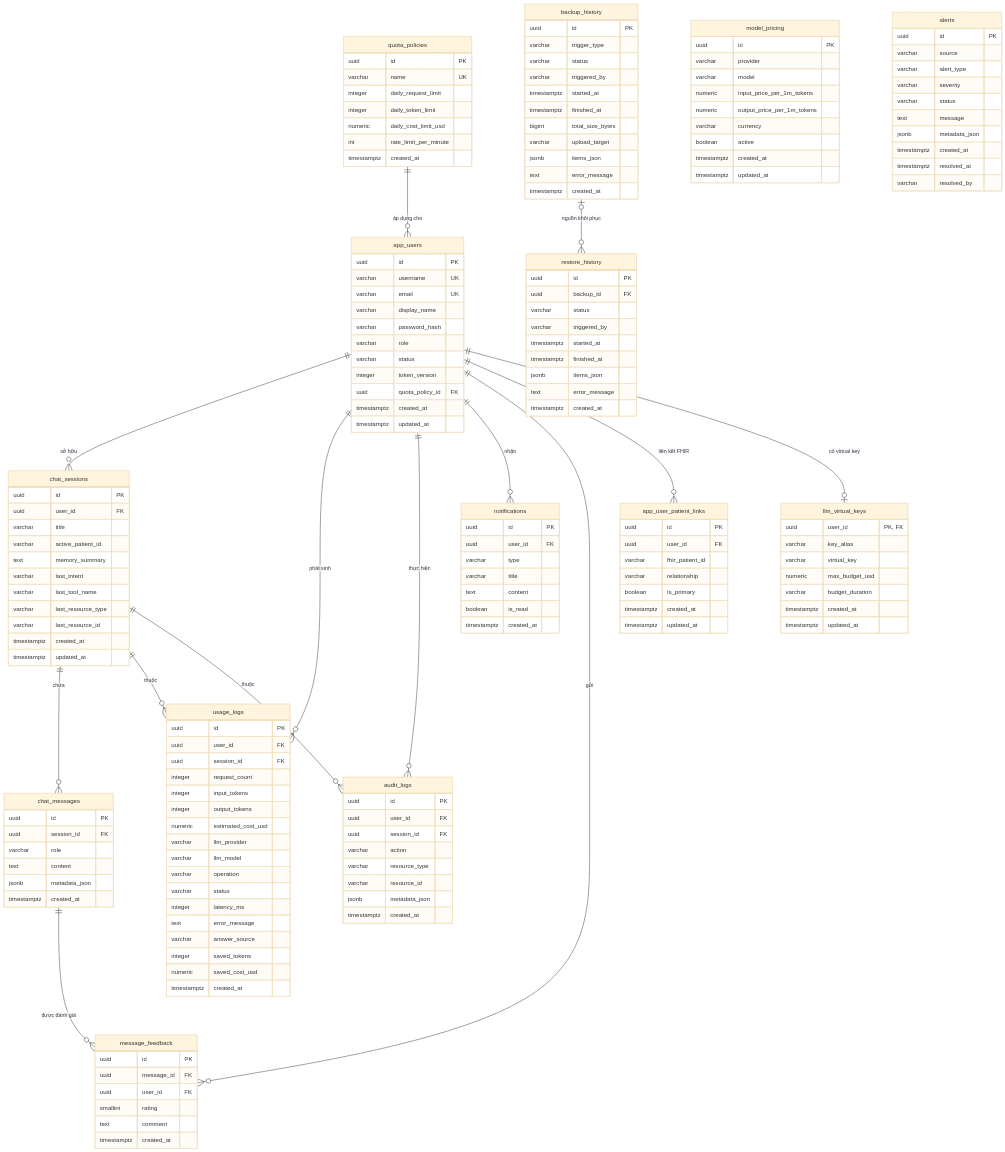
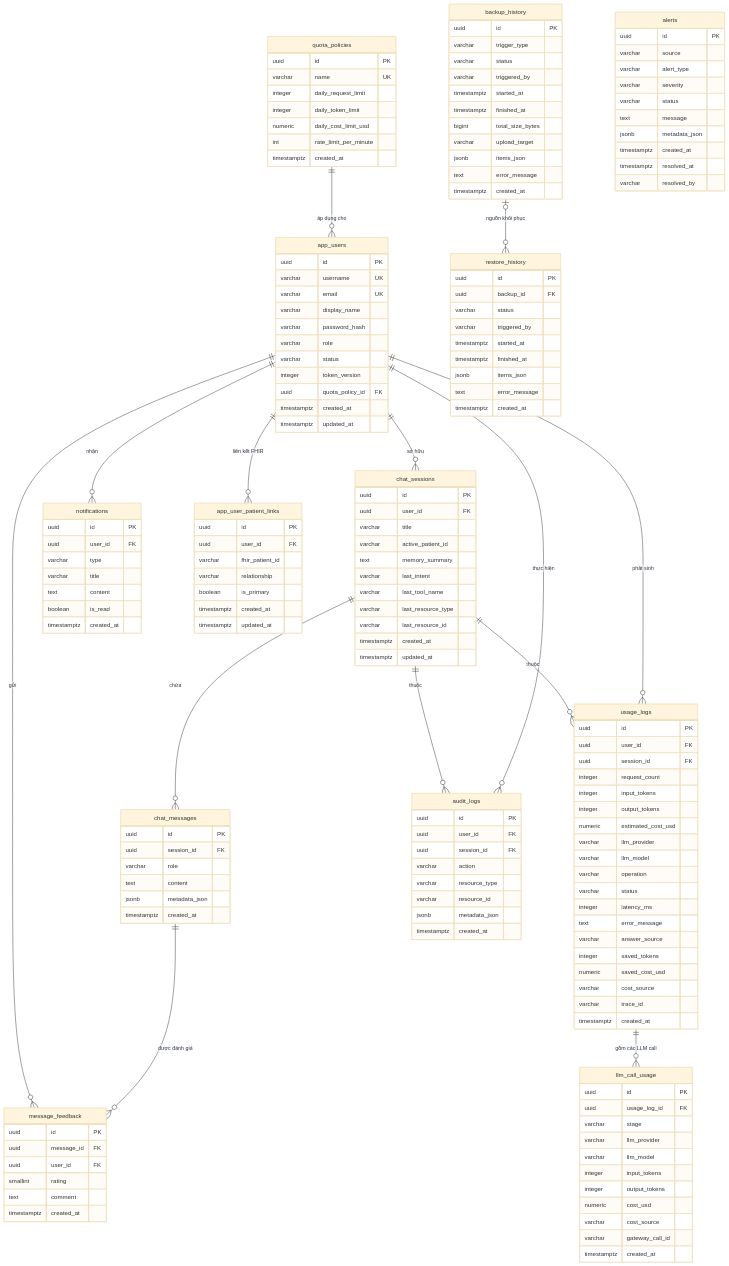
Before and after one commit to Hnd8604/medical-chatbot-system: the diagram in backend/docs/m12-database-erd.md, drawn with Mermaid (base theme). The commit also changed other lines of this file and 95 other files, not shown here.

```diff
--- a/backend/docs/m12-database-erd.md
+++ b/backend/docs/m12-database-erd.md
@@ -35,7 +37,7 @@
     chat_messages    ||--o{ message_feedback        : "được đánh giá"
     app_users        ||--o{ message_feedback        : "gửi"
     app_users        ||--o{ app_user_patient_links  : "liên kết FHIR"
-    app_users        ||--o| llm_virtual_keys        : "có virtual key"
+    usage_logs       ||--o{ llm_call_usage          : "gồm các LLM call"
     backup_history   o|--o{ restore_history         : "nguồn khôi phục"
 
     quota_policies {
@@ -102,6 +104,22 @@
         varchar     answer_source
         integer     saved_tokens
         numeric     saved_cost_usd
+        varchar     cost_source
+        varchar     trace_id
+        timestamptz created_at
+    }
+
+    llm_call_usage {
+        uuid        id PK
+        uuid        usage_log_id FK
+        varchar     stage
+        varchar     llm_provider
+        varchar     llm_model
+        integer     input_tokens
+        integer     output_tokens
+        numeric     cost_usd
+        varchar     cost_source
+        varchar     gateway_call_id
         timestamptz created_at
     }
 
@@ -145,28 +163,6 @@
         timestamptz updated_at
     }
 
-    llm_virtual_keys {
-        uuid        user_id "PK, FK"
-        varchar     key_alias
-        varchar     virtual_key
-        numeric     max_budget_usd
-        varchar     budget_duration
-        timestamptz created_at
-        timestamptz updated_at
-    }
-
-    model_pricing {
-        uuid        id PK
-        varchar     provider
-        varchar     model
-        numeric     input_price_per_1m_tokens
-        numeric     output_price_per_1m_tokens
-        varchar     currency
-        boolean     active
-        timestamptz created_at
-        timestamptz updated_at
-    }
-
     alerts {
         uuid        id PK
         varchar     source
```
